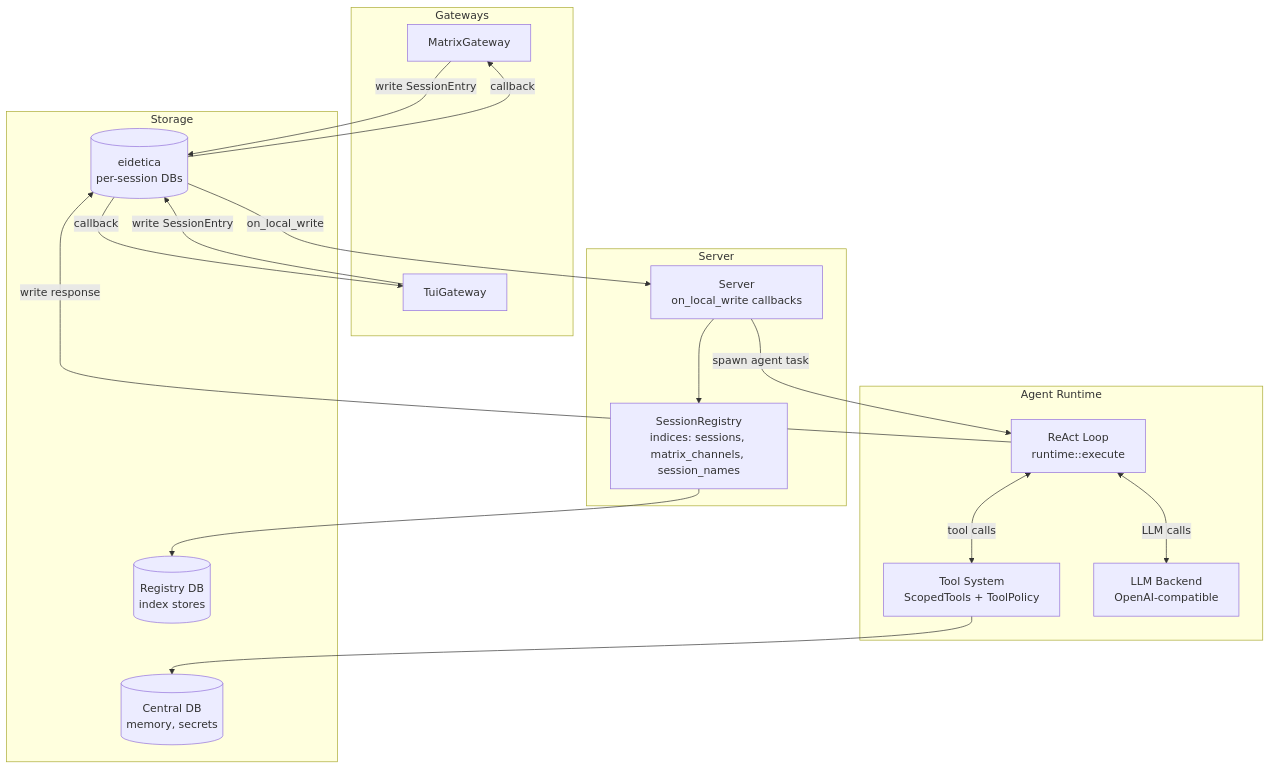
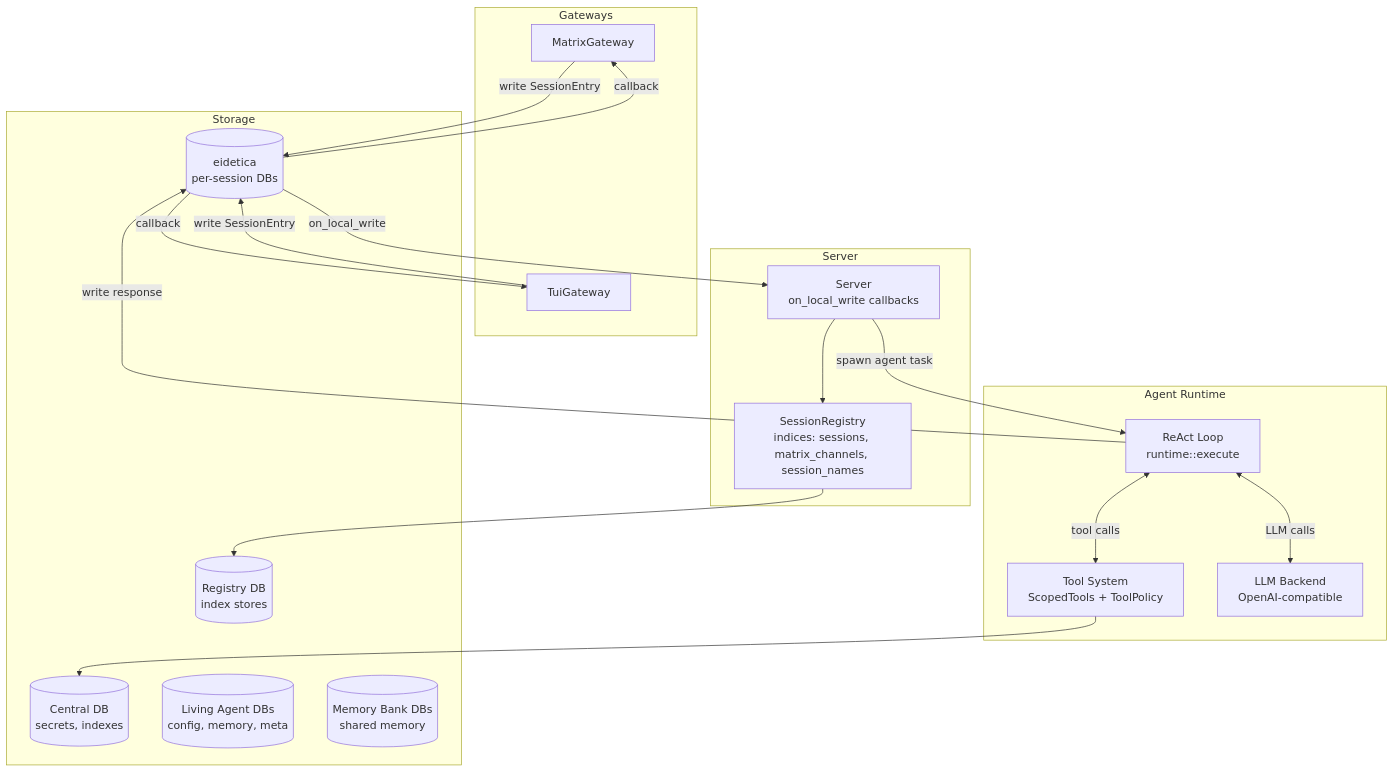
Before and after one commit to arcuru/chaz: the diagram in docs/src/architecture/overview.md, drawn with Mermaid. The commit also changed other lines of this file and 5 other files, not shown here.

````diff
--- a/docs/src/architecture/overview.md
+++ b/docs/src/architecture/overview.md
@@ -7,37 +7,39 @@
 ```mermaid
 graph TD
     subgraph Gateways
         MG[MatrixGateway]
         TG[TuiGateway]
     end
 
     subgraph Server
         SV[Server<br/>on_local_write callbacks]
         SR[SessionRegistry<br/>indices: sessions, matrix_channels, session_names]
     end
 
     subgraph "Agent Runtime"
         RT[ReAct Loop<br/>runtime::execute]
         TS[Tool System<br/>ScopedTools + ToolPolicy]
         LLM[LLM Backend<br/>OpenAI-compatible]
     end
 
     subgraph Storage
         EI[(eidetica<br/>per-session DBs)]
         REG[(Registry DB<br/>index stores)]
-        CEN[(Central DB<br/>memory, secrets)]
+        CEN[(Central DB<br/>secrets, indexes)]
+        LA[(Living Agent DBs<br/>config, memory, meta)]
+        MB[(Memory Bank DBs<br/>shared memory)]
     end
 
     MG -->|write SessionEntry| EI
     TG -->|write SessionEntry| EI
     EI -->|on_local_write| SV
     SV -->|spawn agent task| RT
     RT <-->|tool calls| TS
     RT <-->|LLM calls| LLM
     RT -->|write response| EI
     EI -->|callback| MG
     EI -->|callback| TG
     SV --> SR
     SR --> REG
     TS --> CEN
 ```
````
